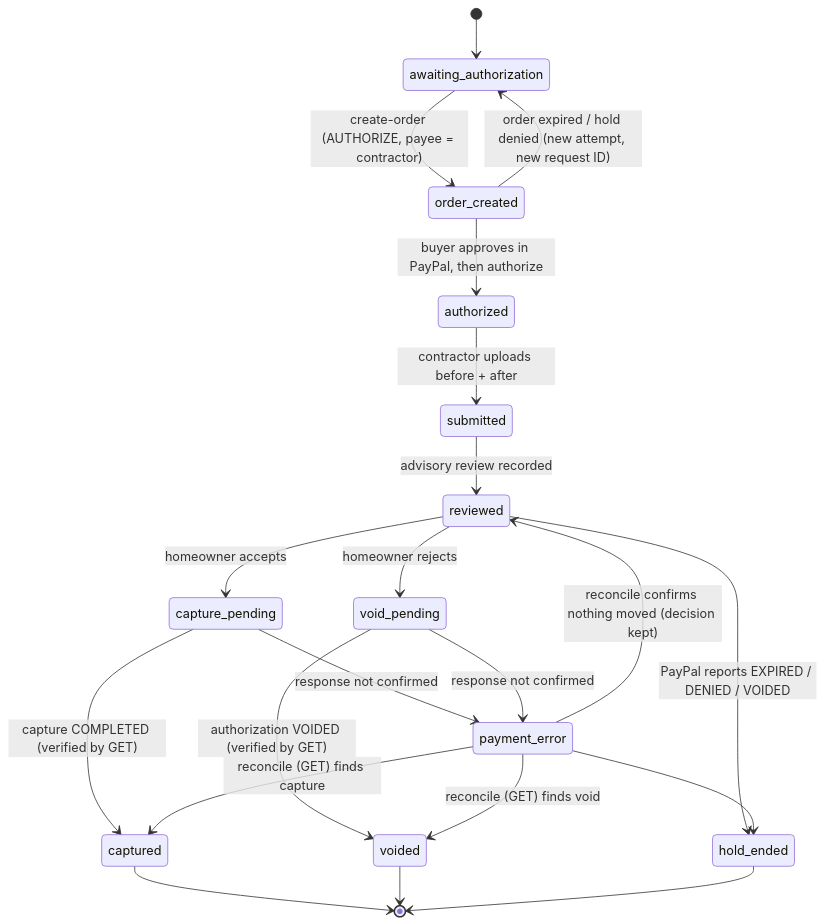
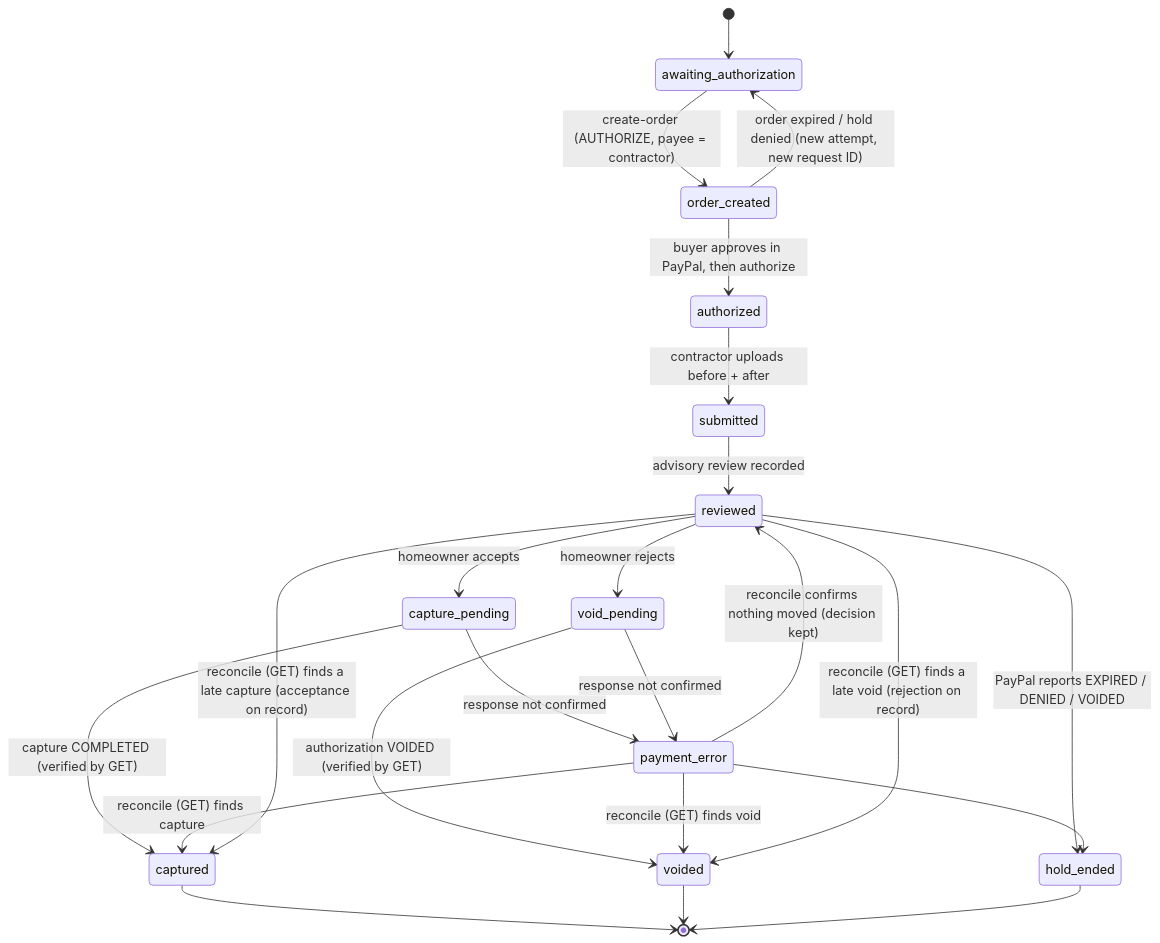
One commit to classthandstrategies-ai/punchpay changed the second of 2 diagrams in docs/ARCHITECTURE.md. Above: the diagram before and after it, drawn with Mermaid. The commit also changed other lines of this file and 9 other files, not shown here.

````diff
--- a/docs/ARCHITECTURE.md
+++ b/docs/ARCHITECTURE.md
@@ -47,23 +47,25 @@
 ```mermaid
 stateDiagram-v2
   [*] --> awaiting_authorization
   awaiting_authorization --> order_created: create-order (AUTHORIZE, payee = contractor)
   order_created --> awaiting_authorization: order expired / hold denied (new attempt, new request ID)
   order_created --> authorized: buyer approves in PayPal, then authorize
   authorized --> submitted: contractor uploads before + after
   submitted --> reviewed: advisory review recorded
   reviewed --> capture_pending: homeowner accepts
   reviewed --> void_pending: homeowner rejects
   capture_pending --> captured: capture COMPLETED (verified by GET)
   void_pending --> voided: authorization VOIDED (verified by GET)
   capture_pending --> payment_error: response not confirmed
   void_pending --> payment_error: response not confirmed
   payment_error --> captured: reconcile (GET) finds capture
   payment_error --> voided: reconcile (GET) finds void
   payment_error --> reviewed: reconcile confirms nothing moved (decision kept)
   reviewed --> hold_ended: PayPal reports EXPIRED / DENIED / VOIDED
+  reviewed --> captured: reconcile (GET) finds a late capture (acceptance on record)
+  reviewed --> voided: reconcile (GET) finds a late void (rejection on record)
   payment_error --> hold_ended
   captured --> [*]
   voided --> [*]
   hold_ended --> [*]
 ```
````
